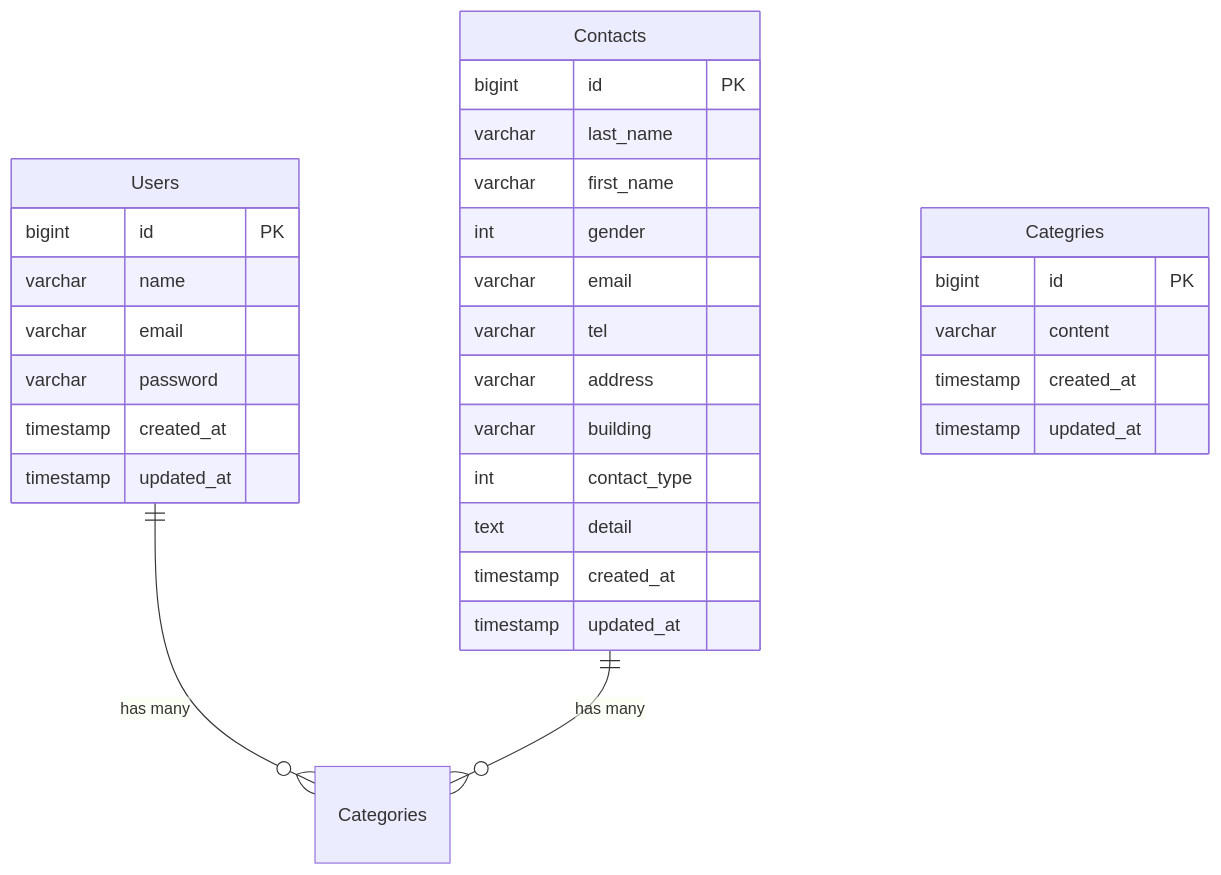
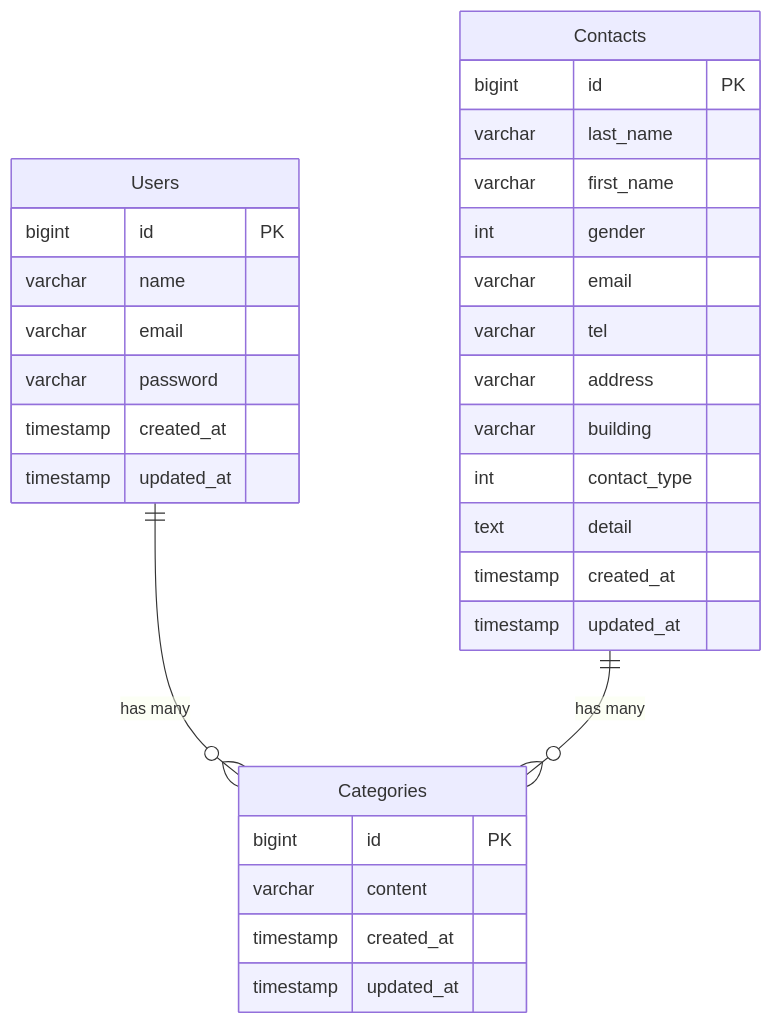
The diagram in README.md (itou-nanase/test1), drawn with Mermaid before and after one commit.

````diff
--- a/README.md
+++ b/README.md
@@ -34,34 +34,34 @@
 ```mermaid
 erDiagram
 Users ||--o{ Categories : "has many"
 Contacts ||--o{ Categories : "has many"
    Contacts {
         bigint id PK
         varchar last_name
         varchar first_name
         int gender
         varchar email
         varchar tel
         varchar address
         varchar building
         int contact_type
         text detail
         timestamp created_at
         timestamp updated_at
     }
     Users {
         bigint id PK
         varchar name
         varchar email
         varchar password
         timestamp created_at
         timestamp updated_at
     }
 
-   Categries{
+   Categories{
         bigint id PK
         varchar content
         timestamp created_at
         timestamp updated_at
     }
 ```
````
